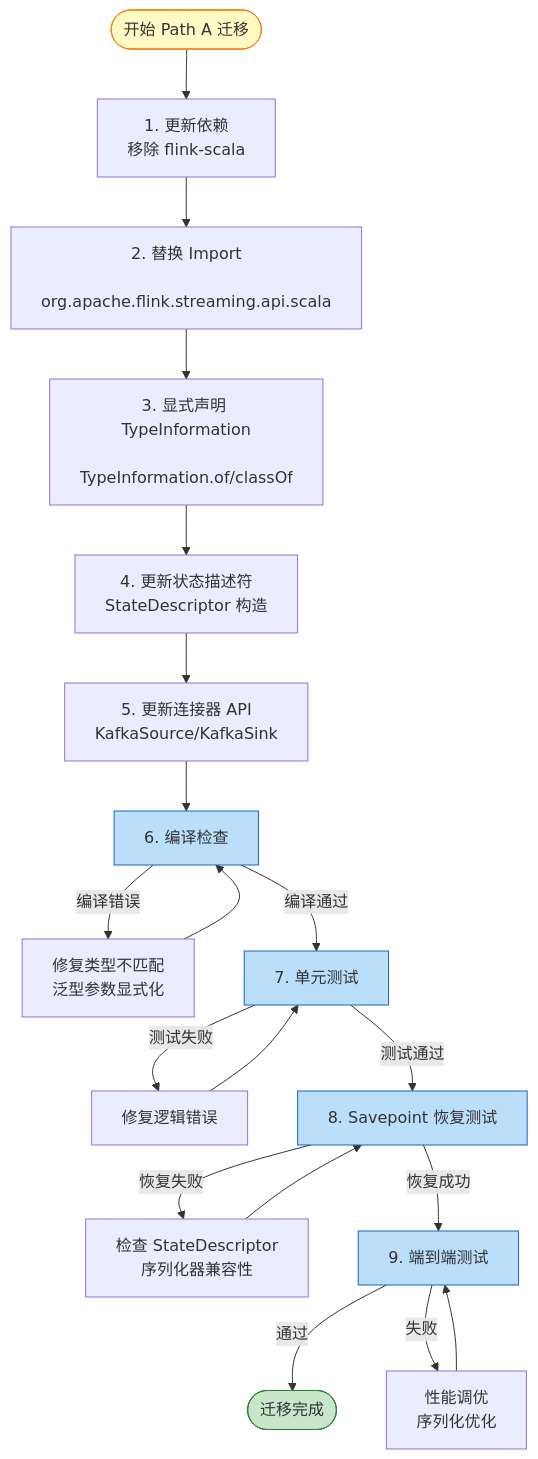
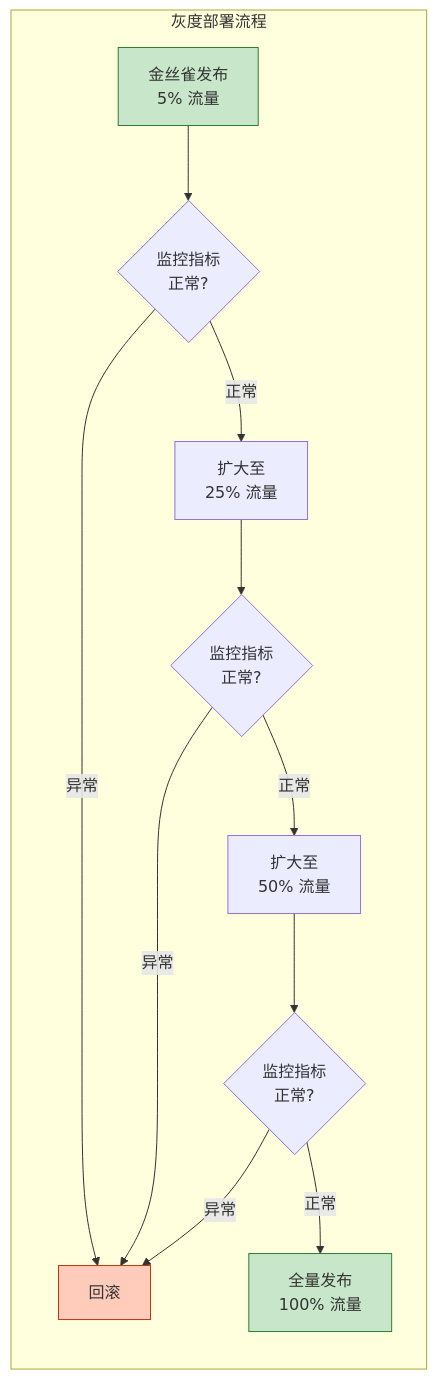
Before and after one commit to AdaMartin18010/AnalysisDataFlow: the second of 5 diagrams in Flink/09-language-foundations/03.01-migration-guide.md, drawn with Mermaid. The commit also changed other lines of this file and 19 other files, not shown here.

````diff
--- a/Flink/09-language-foundations/03.01-migration-guide.md
+++ b/Flink/09-language-foundations/03.01-migration-guide.md
@@ -722,48 +1377,21 @@
 ```mermaid
-flowchart TD
-    A([开始 Path A 迁移]) --> B[1. 更新依赖
-    移除 flink-scala]
+flowchart LR
+    subgraph 灰度部署流程
+    A[金丝雀发布<br/>5% 流量] --> B{监控指标
+    正常?}
+    B -->|异常| C[回滚]
+    B -->|正常| D[扩大至<br/>25% 流量]
+    D --> E{监控指标
+    正常?}
+    E -->|异常| C
+    E -->|正常| F[扩大至<br/>50% 流量]
+    F --> G{监控指标
+    正常?}
+    G -->|异常| C
+    G -->|正常| H[全量发布<br/>100% 流量]
+    end
 
-    B --> C[2. 替换 Import
-    org.apache.flink.streaming.api.scala]
-
-    C --> D[3. 显式声明 TypeInformation
-    TypeInformation.of/classOf]
-
-    D --> E[4. 更新状态描述符
-    StateDescriptor 构造]
-
-    E --> F[5. 更新连接器 API
-    KafkaSource/KafkaSink]
-
-    F --> G[6. 编译检查]
-
-    G -->|编译错误| H[修复类型不匹配
-    泛型参数显式化]
-    H --> G
-
-    G -->|编译通过| I[7. 单元测试]
-
-    I -->|测试失败| J[修复逻辑错误]
-    J --> I
-
-    I -->|测试通过| K[8. Savepoint 恢复测试]
-
-    K -->|恢复失败| L[检查 StateDescriptor
-    序列化器兼容性]
-    L --> K
-
-    K -->|恢复成功| M[9. 端到端测试]
-
-    M -->|通过| N([迁移完成])
-    M -->|失败| O[性能调优
-    序列化优化]
-    O --> M
-
-    style A fill:#fff9c4,stroke:#f57f17
-    style N fill:#c8e6c9,stroke:#2e7d32
-    style G fill:#bbdefb,stroke:#1565c0
-    style I fill:#bbdefb,stroke:#1565c0
-    style K fill:#bbdefb,stroke:#1565c0
-    style M fill:#bbdefb,stroke:#1565c0
+    style A fill:#c8e6c9,stroke:#2e7d32
+    style C fill:#ffccbc,stroke:#bf360c
+    style H fill:#c8e6c9,stroke:#2e7d32
 ```
````
